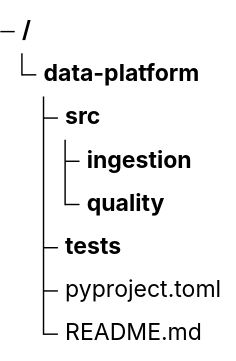
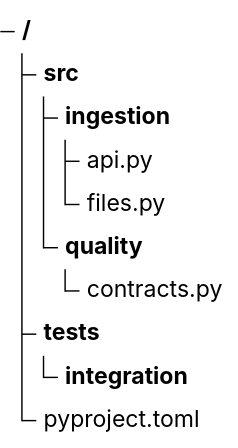
The first of 4 diagrams in src/rulesync/.rulesync/skills/mols-mermaid-diagram/references/examples/tree-view.md (mols3131d/mols-agent-assets), drawn with Mermaid before and after one commit. The commit also changed other lines of this file and 27 other files, not shown here.

Commit message:
docs(mermaid): diagram examples 단계별 고도화

````diff
--- a/src/rulesync/.rulesync/skills/mols-mermaid-diagram/references/examples/tree-view.md
+++ b/src/rulesync/.rulesync/skills/mols-mermaid-diagram/references/examples/tree-view.md
@@ -9,10 +11,12 @@
 ```mermaid
 treeView-beta
-    data-platform/
-        src/
-            ingestion/
-            quality/
-        tests/
-        pyproject.toml
-        README.md
+    src/
+        ingestion/
+            api.py
+            files.py
+        quality/
+            contracts.py
+    tests/
+        integration/
+    pyproject.toml
 ```
````
